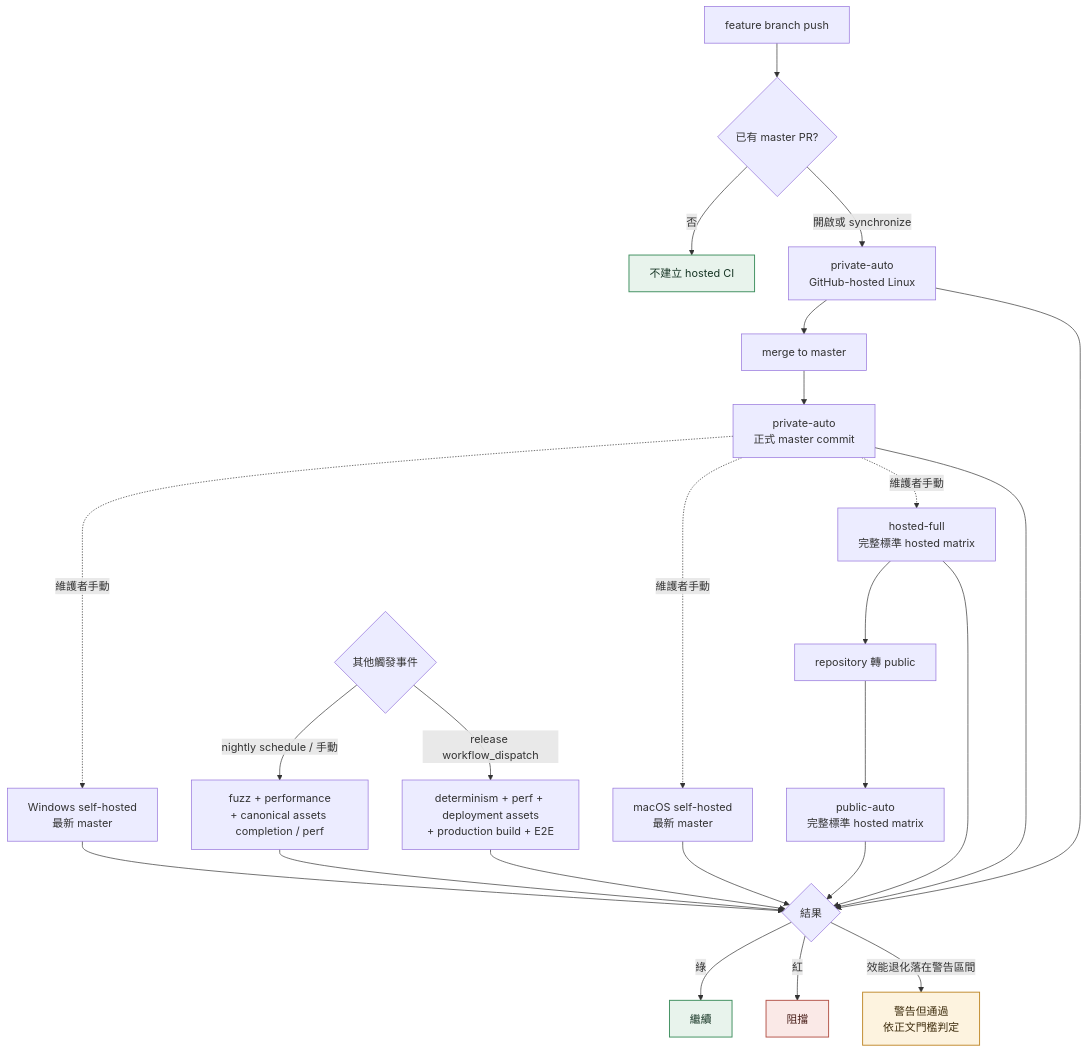
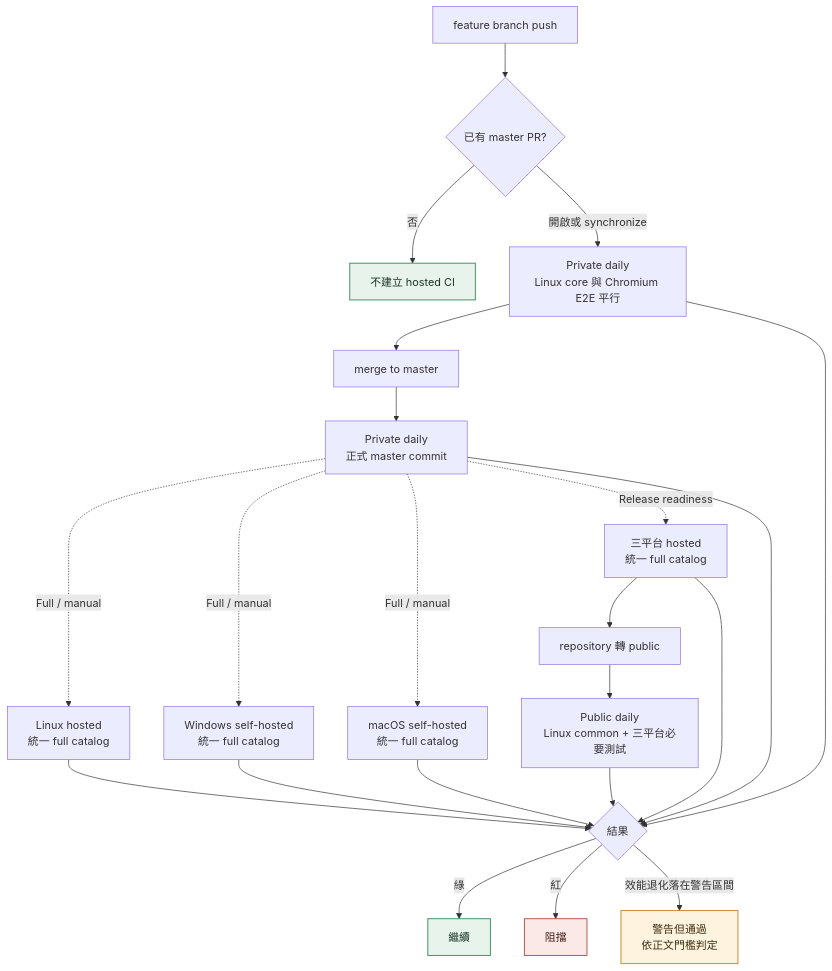
Before and after one commit to xjustloveux/open-4wd-specs: the second of 10 diagrams in 程式架構/程式流程/testing.md, drawn with Mermaid. The commit also changed other lines of this file and 16 other files, not shown here.

````diff
--- a/程式架構/程式流程/testing.md
+++ b/程式架構/程式流程/testing.md
@@ -44,39 +44,35 @@
 ```mermaid
 flowchart TD
     Branch[feature branch push] --> Open{已有 master PR?}
     Open -->|否| NoCI[不建立 hosted CI]
-    Open -->|開啟或 synchronize| Private[private-auto<br/>GitHub-hosted Linux]
+    Open -->|開啟或 synchronize| Private[Private daily<br/>Linux core 與 Chromium E2E 平行]
     Private --> Merge[merge to master]
-    Merge --> Master[private-auto<br/>正式 master commit]
+    Merge --> Master[Private daily<br/>正式 master commit]
 
-    Master -.維護者手動.-> Windows[Windows self-hosted<br/>最新 master]
-    Master -.維護者手動.-> Mac[macOS self-hosted<br/>最新 master]
-    Master -.維護者手動.-> Hosted[hosted-full<br/>完整標準 hosted matrix]
+    Master -.Full / manual.-> Linux[Linux hosted<br/>統一 full catalog]
+    Master -.Full / manual.-> Windows[Windows self-hosted<br/>統一 full catalog]
+    Master -.Full / manual.-> Mac[macOS self-hosted<br/>統一 full catalog]
+    Master -.Release readiness.-> Hosted[三平台 hosted<br/>統一 full catalog]
     Hosted --> Public[repository 轉 public]
-    Public --> PublicAuto[public-auto<br/>完整標準 hosted matrix]
+    Public --> PublicAuto[Public daily<br/>Linux common + 三平台必要測試]
 
     PublicAuto --> Result{結果}
     Private --> Result
     Master --> Result
+    Linux --> Result
     Windows --> Result
     Mac --> Result
     Hosted --> Result
-
-    Event{其他觸發事件}
-    Event -->|nightly schedule / 手動| Night[fuzz + performance<br/>+ canonical assets completion / perf]
-    Event -->|release workflow_dispatch| Release[determinism + perf + deployment assets<br/>+ production build + E2E]
-    Night --> Result
-    Release --> Result
 
     Result -->|綠| Pass[繼續]
     Result -->|紅| Block[阻擋]
     Result -->|效能退化落在警告區間| Warn[警告但通過<br/>依正文門檻判定]
 
     classDef local fill:#e8f3ec,stroke:#3f8f5f,stroke-width:1.4px,color:#173525;
     classDef consensus fill:#fdf3df,stroke:#c08a2d,stroke-width:1.4px,color:#3d2c0d;
     classDef fail fill:#fae9e7,stroke:#b4544a,stroke-width:1.4px,color:#471d18;
     class NoCI local
     class Pass local
     class Warn consensus
     class Block fail
 ```
````
